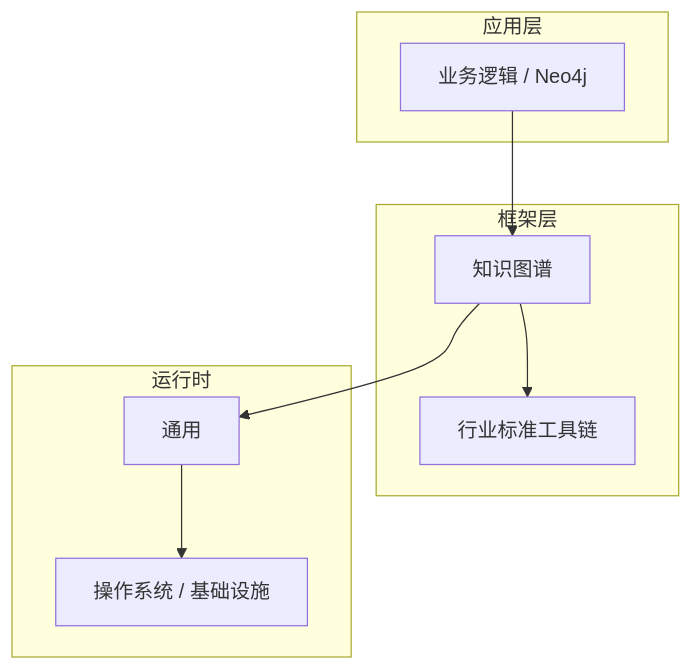
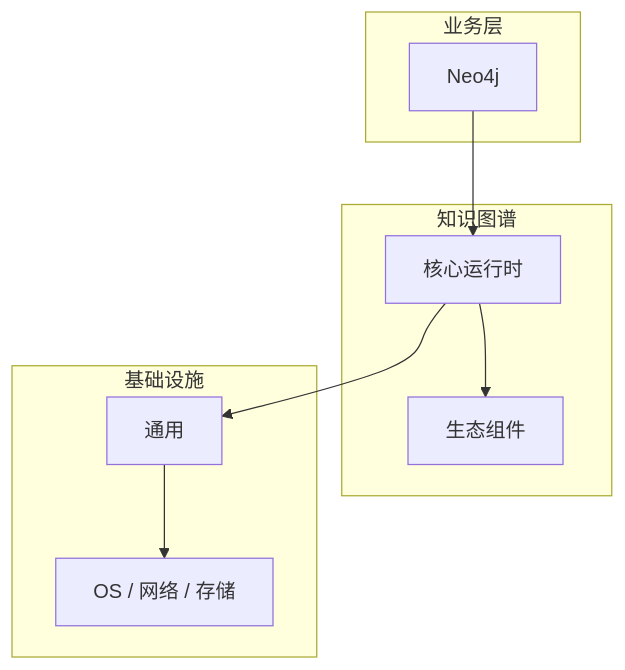
Before and after one commit to yanggan2015/knowledge-json-v2: the diagram in articles/知识图谱/chapters/046-Neo4j核心概念与原理.md, drawn with Mermaid. The commit also changed other lines of this file and 10127 other files, not shown here.

````diff
--- a/articles/知识图谱/chapters/046-Neo4j核心概念与原理.md
+++ b/articles/知识图谱/chapters/046-Neo4j核心概念与原理.md
@@ -45,18 +30,18 @@
 ```mermaid
 graph TB
-    subgraph 应用层
-        A[业务逻辑 / Neo4j]
+    subgraph 业务层
+        A[Neo4j]
     end
-    subgraph 框架层
-        B[知识图谱]
-        C[行业标准工具链]
+    subgraph 知识图谱
+        B[核心运行时]
+        C[生态组件]
     end
-    subgraph 运行时
+    subgraph 基础设施
         D[通用]
-        E[操作系统 / 基础设施]
+        E[OS / 网络 / 存储]
     end
     A --> B
     B --> C
     B --> D
     D --> E
 ```
````
